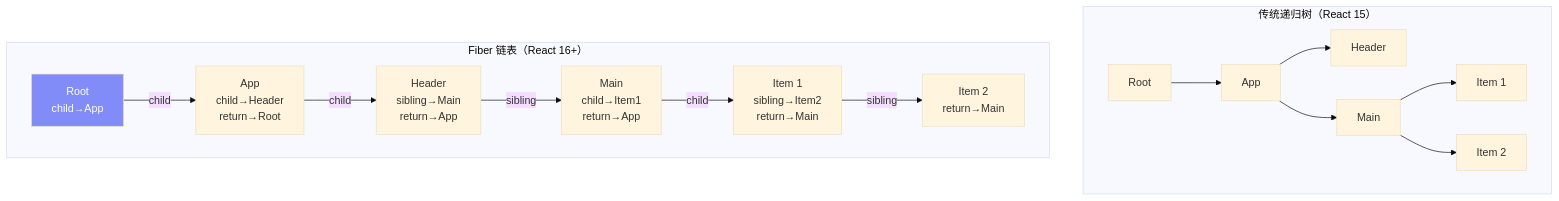
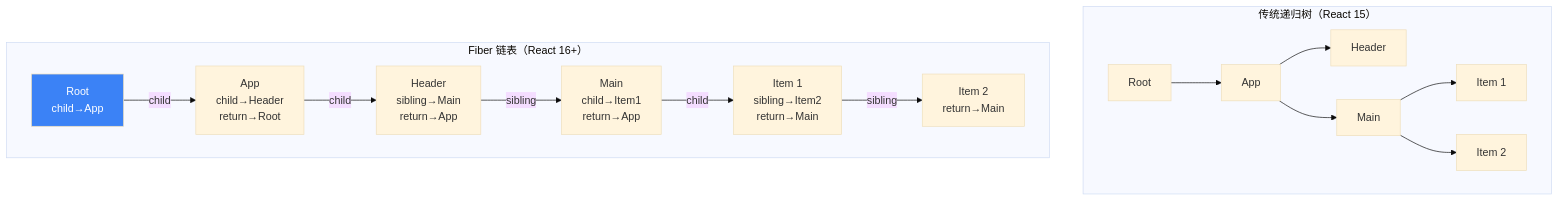
Before and after one commit to boltguo/react_learn: the first of 7 diagrams in docs/Lesson_30.md, drawn with Mermaid (base theme). The commit also changed other lines of this file and 31 other files, not shown here.

Commit message:
docs: 统一Mermaid术语与配色层级

````diff
--- a/docs/Lesson_30.md
+++ b/docs/Lesson_30.md
@@ -74,21 +86,21 @@
 ```mermaid
 flowchart TB
     subgraph "传统递归树（React 15）"
         R1["Root"] --> A1["App"]
         A1 --> B1["Header"]
         A1 --> C1["Main"]
         C1 --> D1["Item 1"]
         C1 --> E1["Item 2"]
     end
     
     subgraph "Fiber 链表（React 16+）"
         R2["Root<br/>child→App"]
         R2 -->|child| A2["App<br/>child→Header<br/>return→Root"]
         A2 -->|child| B2["Header<br/>sibling→Main<br/>return→App"]
         B2 -->|sibling| C2["Main<br/>child→Item1<br/>return→App"]
         C2 -->|child| D2["Item 1<br/>sibling→Item2<br/>return→Main"]
         D2 -->|sibling| E2["Item 2<br/>return→Main"]
     end
     
-    style R2 fill:#818cf8,color:#fff
+    style R2 fill:#3b82f6,color:#fff
 ```
````
